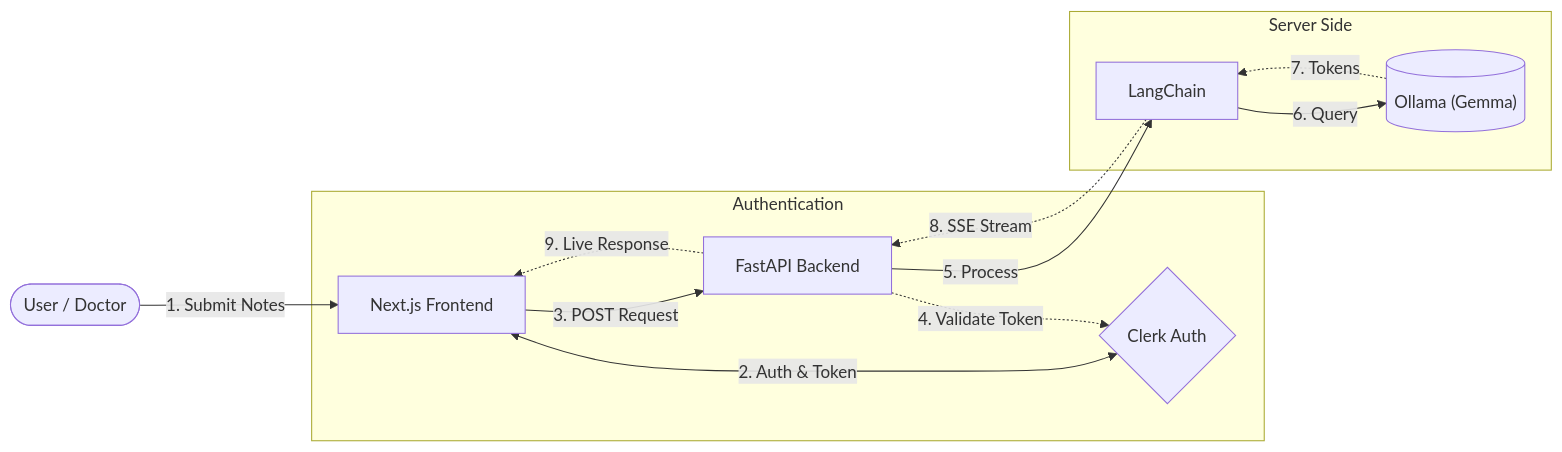
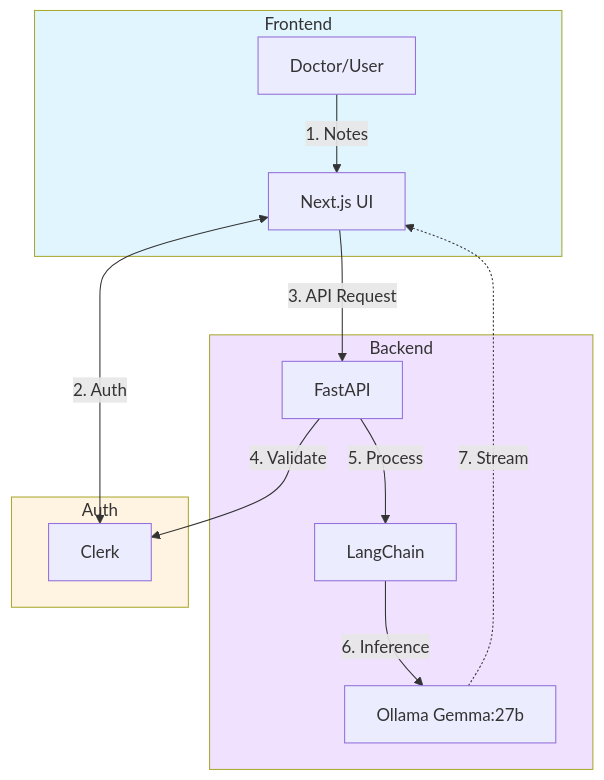
The diagram in week-1/day-4/saas/README.md (baloglu321/mlops-journey), drawn with Mermaid before and after one commit.

````diff
--- a/week-1/day-4/saas/README.md
+++ b/week-1/day-4/saas/README.md
@@ -14,30 +14,29 @@
 ```mermaid
-flowchart LR
-    %% Core Nodes
-    User([User / Doctor])
-    UI[Next.js Frontend]
-    API[FastAPI Backend]
-    Clerk{Clerk Auth}
-    Ollama[("Ollama (Gemma)")]
-    LC[LangChain]
-
-    %% Flow
-    User -->|1. Submit Notes| UI
+graph TB
+    subgraph Frontend
+        A[Doctor/User]
+        B[Next.js UI]
+    end
     
-    subgraph Authentication
-        UI <-->|2. Auth & Token| Clerk
-        API -.->|4. Validate Token| Clerk
+    subgraph Auth
+        C[Clerk]
     end
-
-    subgraph "Server Side"
-        UI -->|3. POST Request| API
-        API -->|5. Process| LC
-        LC -->|6. Query| Ollama
-        
-        %% Streaming Return
-        Ollama -.->|7. Tokens| LC
-        LC -.->|8. SSE Stream| API
+    
+    subgraph Backend
+        D[FastAPI]
+        E[LangChain]
+        F[Ollama Gemma:27b]
     end
-
-    API -.->|9. Live Response| UI
+    
+    A -->|1. Notes| B
+    B <-->|2. Auth| C
+    B -->|3. API Request| D
+    D -->|4. Validate| C
+    D -->|5. Process| E
+    E -->|6. Inference| F
+    F -.->|7. Stream| B
+    
+    style Frontend fill:#e1f5ff
+    style Auth fill:#fff4e1
+    style Backend fill:#f0e1ff
 ```
````
